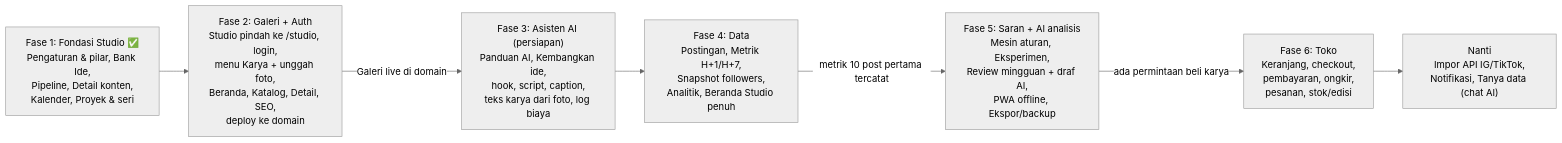
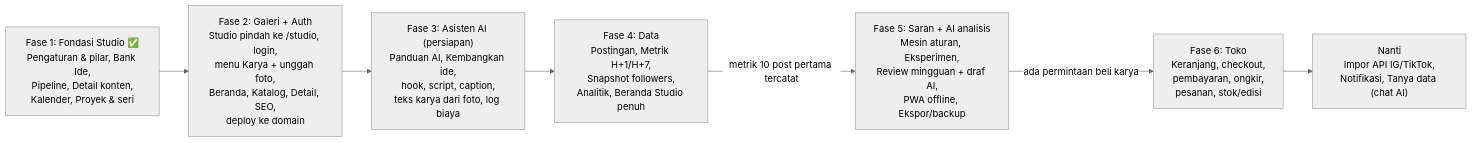
The second of 2 diagrams in docs/PRD.md (Andisurya01/cula-art), drawn with Mermaid (neutral theme) before and after one commit. The commit also changed other lines of this file and 5 other files, not shown here.

````diff
--- a/docs/PRD.md
+++ b/docs/PRD.md
@@ -660,16 +664,16 @@
 ```mermaid
 flowchart LR
   F1["Fase 1: Fondasi Studio ✅<br/>Pengaturan & pilar, Bank Ide,<br/>Pipeline, Detail konten,<br/>Kalender, Proyek & seri"]
   F2["Fase 2: Galeri + Auth<br/>Studio pindah ke /studio, login,<br/>menu Karya + unggah foto,<br/>Beranda, Katalog, Detail, SEO,<br/>deploy ke domain"]
   F3["Fase 3: Asisten AI (persiapan)<br/>Panduan AI, Kembangkan ide,<br/>hook, script, caption,<br/>teks karya dari foto, log biaya"]
   F4["Fase 4: Data<br/>Postingan, Metrik H+1/H+7,<br/>Snapshot followers,<br/>Analitik, Beranda Studio penuh"]
   F5["Fase 5: Saran + AI analisis<br/>Mesin aturan, Eksperimen,<br/>Review mingguan + draf AI,<br/>PWA offline, Ekspor/backup"]
   F6["Fase 6: Toko<br/>Keranjang, checkout,<br/>pembayaran, ongkir,<br/>pesanan, stok/edisi"]
   F7["Nanti<br/>Impor API IG/TikTok,<br/>Notifikasi, Tanya data (chat AI)"]
   F1 --> F2
-  F2 -->|"Galeri live di domain"| F3
+  F2 --> F3
   F3 --> F4
   F4 -->|"metrik 10 post pertama tercatat"| F5
   F5 -->|"ada permintaan beli karya"| F6
   F6 --> F7
 ```
````
